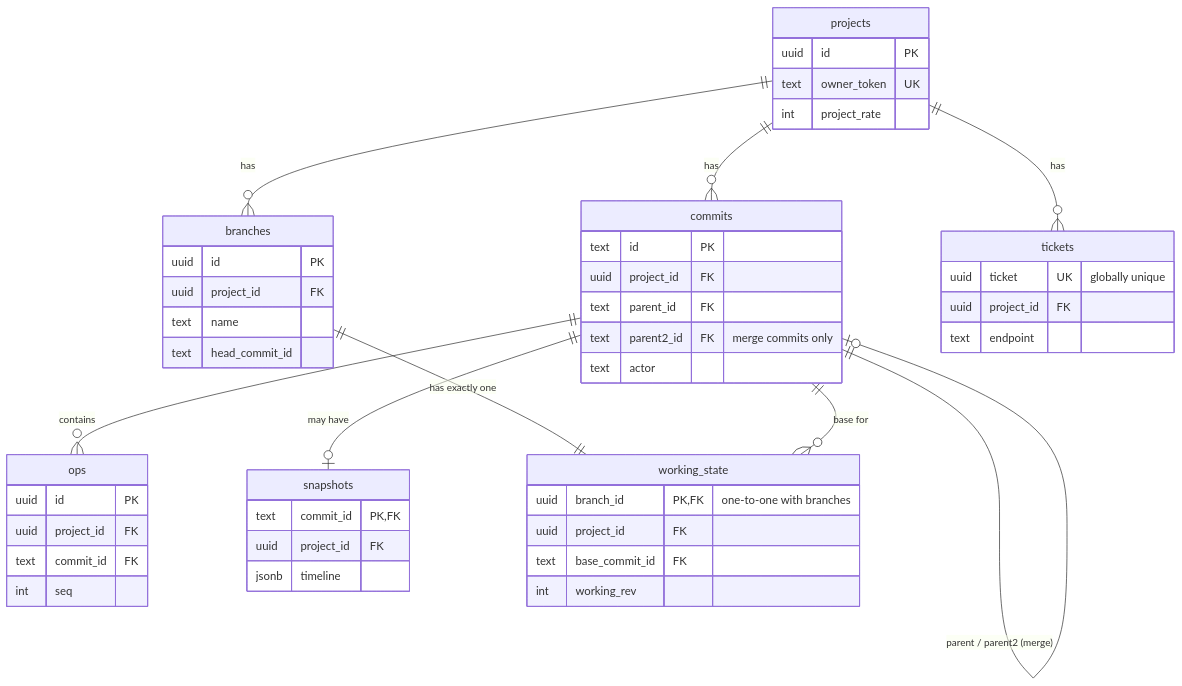
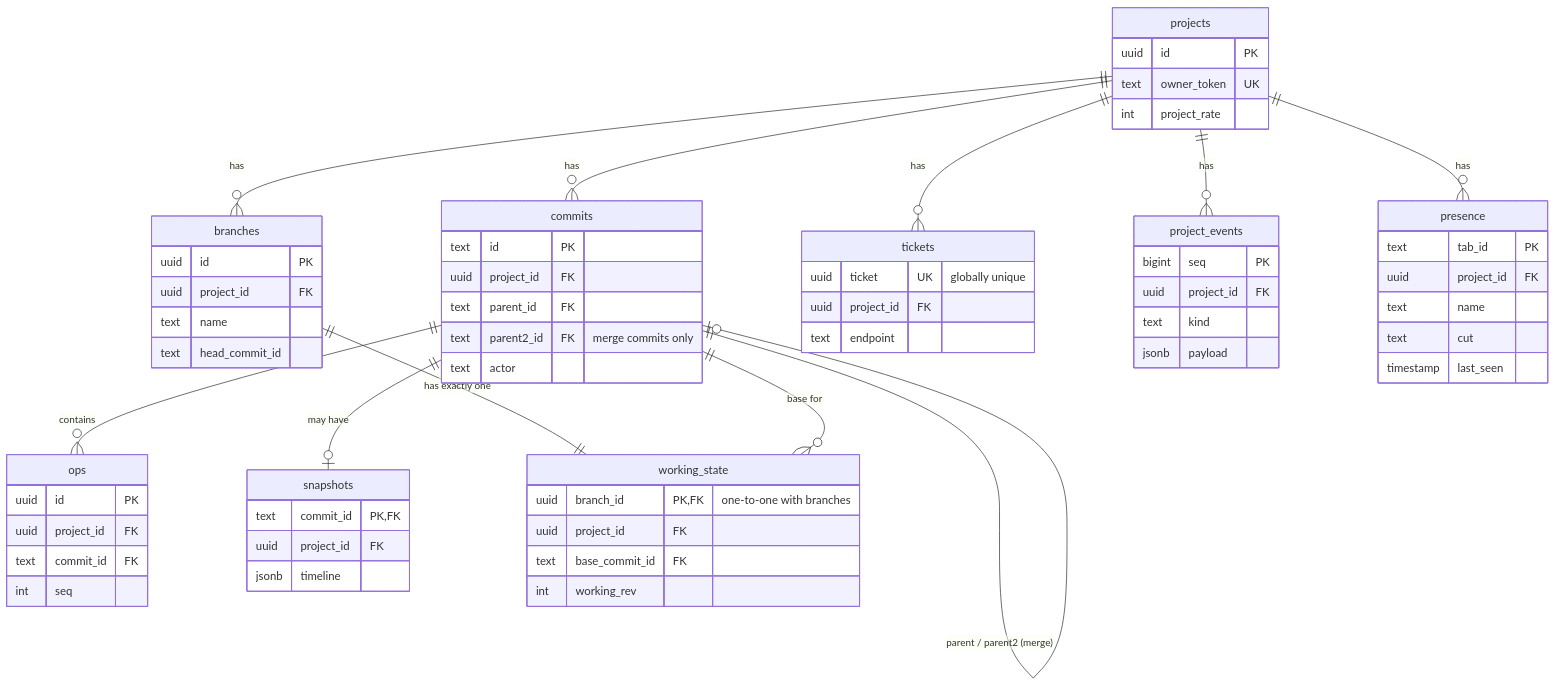
Before and after one commit to Adityalingwal/framebranch: the diagram in docs/LLD.md, drawn with Mermaid. The commit also changed other lines of this file and 5 other files, not shown here.

````diff
--- a/docs/LLD.md
+++ b/docs/LLD.md
@@ -72,52 +77,67 @@
 ```mermaid
 erDiagram
     projects ||--o{ branches : "has"
     projects ||--o{ commits : "has"
     projects ||--o{ tickets : "has"
+    projects ||--o{ project_events : "has"
+    projects ||--o{ presence : "has"
     commits ||--o{ ops : "contains"
     commits ||--o| snapshots : "may have"
     commits ||--o| commits : "parent / parent2 (merge)"
     branches ||--|| working_state : "has exactly one"
     commits ||--o{ working_state : "base for"
 
     projects {
         uuid id PK
         text owner_token UK
         int project_rate
     }
     branches {
         uuid id PK
         uuid project_id FK
         text name
         text head_commit_id
     }
     commits {
         text id PK
         uuid project_id FK
         text parent_id FK
         text parent2_id FK "merge commits only"
         text actor
     }
     ops {
         uuid id PK
         uuid project_id FK
         text commit_id FK
         int seq
     }
     snapshots {
         text commit_id PK,FK
         uuid project_id FK
         jsonb timeline
     }
     working_state {
         uuid branch_id PK,FK "one-to-one with branches"
         uuid project_id FK
         text base_commit_id FK
         int working_rev
     }
     tickets {
         uuid ticket UK "globally unique"
         uuid project_id FK
         text endpoint
     }
+    project_events {
+        bigint seq PK
+        uuid project_id FK
+        text kind
+        jsonb payload
+    }
+    presence {
+        text tab_id PK
+        uuid project_id FK
+        text name
+        text cut
+        timestamp last_seen
+    }
 ```
````
